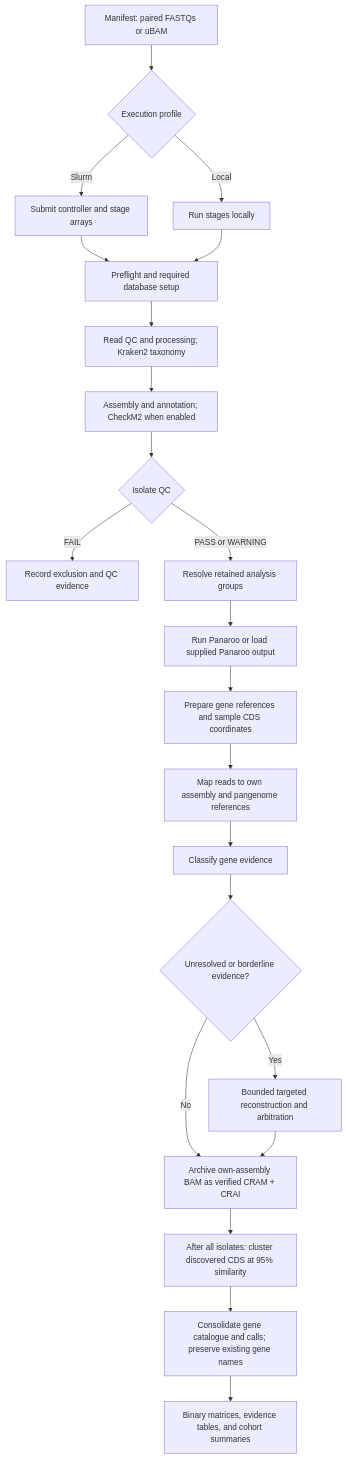
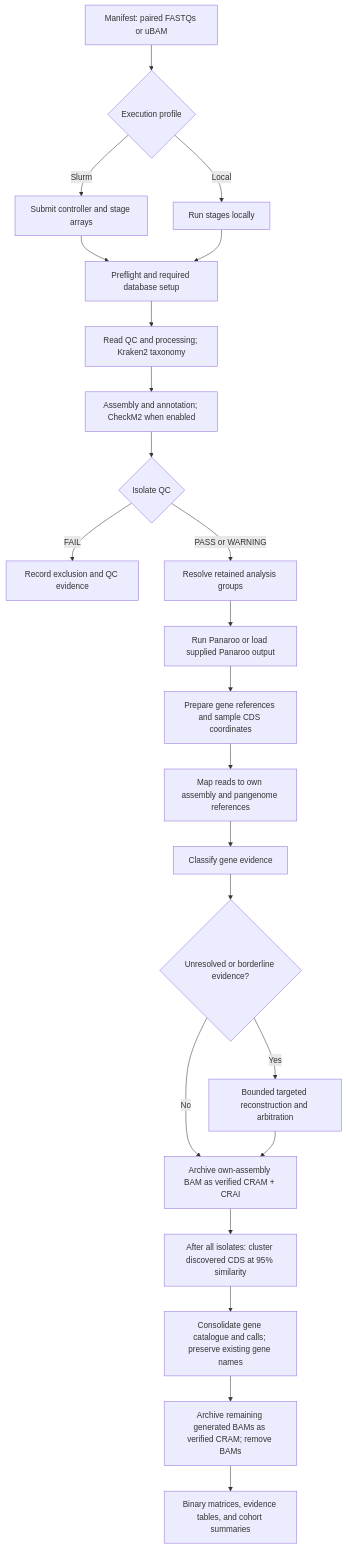
One commit to AndriyPlakhotnyk/CleanGene changed the first of 2 diagrams in README.md. Above: the diagram before and after it, drawn with Mermaid. The commit also changed other lines of this file and 16 other files, not shown here.

````diff
--- a/README.md
+++ b/README.md
@@ -24,24 +24,25 @@
 ```mermaid
 flowchart TD
     A["Manifest: paired FASTQs or uBAM"] --> B{"Execution profile"}
     B -->|Slurm| C["Submit controller and stage arrays"]
     B -->|Local| D["Run stages locally"]
     C --> E["Preflight and required database setup"]
     D --> E
     E --> F["Read QC and processing; Kraken2 taxonomy"]
     F --> G["Assembly and annotation; CheckM2 when enabled"]
     G --> H{"Isolate QC"}
     H -->|FAIL| X["Record exclusion and QC evidence"]
     H -->|PASS or WARNING| I["Resolve retained analysis groups"]
     I --> J["Run Panaroo or load supplied Panaroo output"]
     J --> K["Prepare gene references and sample CDS coordinates"]
     K --> L["Map reads to own assembly and pangenome references"]
     L --> M["Classify gene evidence"]
     M --> N{"Unresolved or borderline evidence?"}
     N -->|Yes| O["Bounded targeted reconstruction and arbitration"]
     N -->|No| P["Archive own-assembly BAM as verified CRAM + CRAI"]
     O --> P
     P --> R["After all isolates: cluster discovered CDS at 95% similarity"]
     R --> S["Consolidate gene catalogue and calls; preserve existing gene names"]
-    S --> Q["Binary matrices, evidence tables, and cohort summaries"]
+    S --> T["Archive remaining generated BAMs as verified CRAM; remove BAMs"]
+    T --> Q["Binary matrices, evidence tables, and cohort summaries"]
 ```
````
